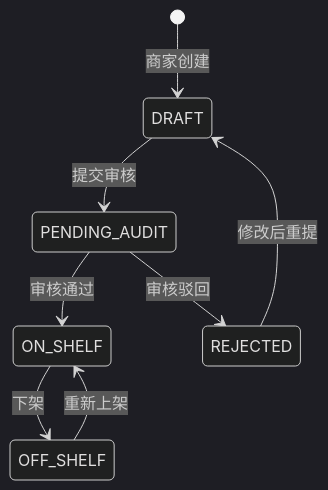
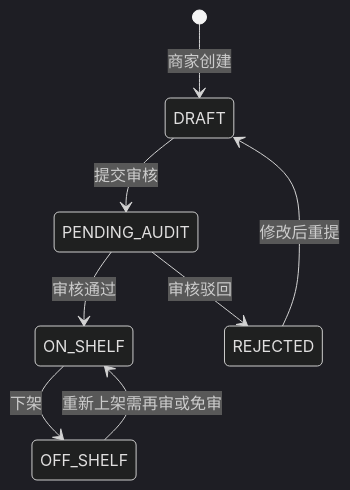
Before and after one commit to HMirror123456/ecommerce-platform: the third of 4 diagrams in docs/domain/DOMAIN_MODEL.md, drawn with Mermaid (dark theme). The commit also changed other lines of this file and 16 other files, not shown here.

````diff
--- a/docs/domain/DOMAIN_MODEL.md
+++ b/docs/domain/DOMAIN_MODEL.md
@@ -130,10 +160,10 @@
 ```mermaid
 stateDiagram-v2
     [*] --> DRAFT: 商家创建
     DRAFT --> PENDING_AUDIT: 提交审核
     PENDING_AUDIT --> ON_SHELF: 审核通过
     PENDING_AUDIT --> REJECTED: 审核驳回
     REJECTED --> DRAFT: 修改后重提
     ON_SHELF --> OFF_SHELF: 下架
-    OFF_SHELF --> ON_SHELF: 重新上架
+    OFF_SHELF --> ON_SHELF: 重新上架需再审或免审
 ```
````
